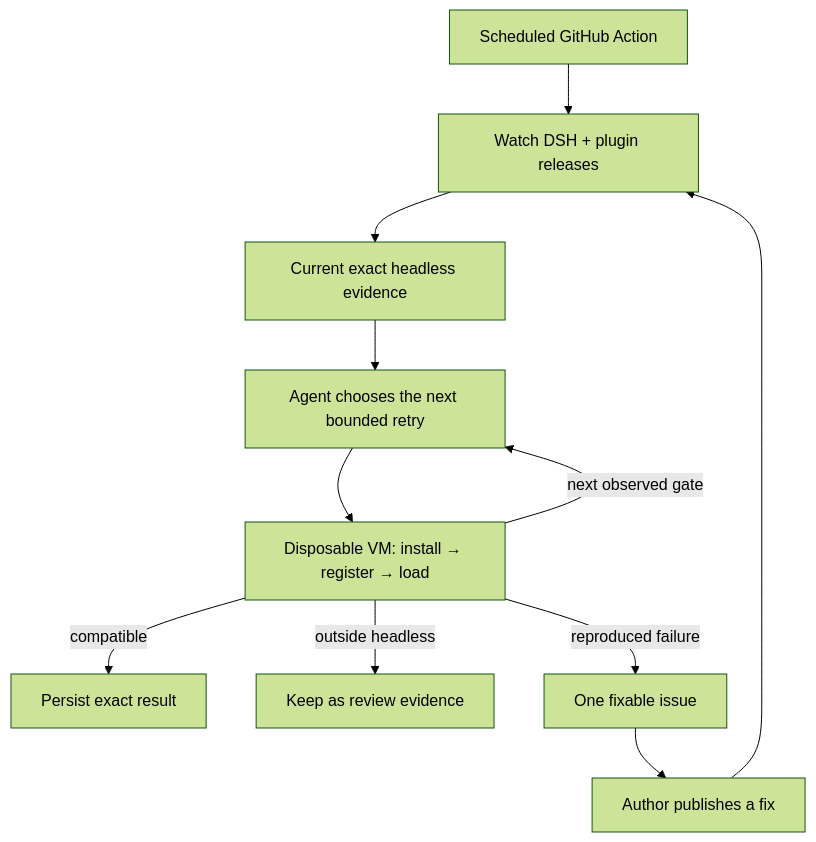
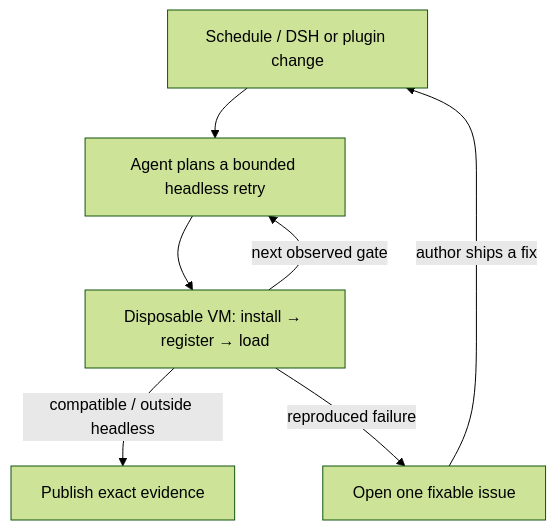
Before and after one commit to MicroMilo/upstream-radar: the diagram in README.md, drawn with Mermaid (forest theme). The commit also changed 1 other file, not shown here.

Commit message:
fix: keep the README loop inside GitHub viewport (#101)

````diff
--- a/README.md
+++ b/README.md
@@ -44,13 +44,9 @@
 ```mermaid
 flowchart TB
-  Schedule["Scheduled GitHub Action"] --> Watch["Watch DSH + plugin releases"]
-  Watch --> Evidence["Current exact headless evidence"]
-  Evidence --> Agent["Agent chooses the next bounded retry"]
+  Change["Schedule / DSH or plugin change"] --> Agent["Agent plans a bounded headless retry"]
   Agent --> Runtime["Disposable VM: install → register → load"]
   Runtime -->|"next observed gate"| Agent
-  Runtime -->|"compatible"| Ledger["Persist exact result"]
-  Runtime -->|"outside headless"| Hold["Keep as review evidence"]
-  Runtime -->|"reproduced failure"| Issue["One fixable issue"]
-  Issue --> Fix["Author publishes a fix"]
-  Fix --> Watch
+  Runtime -->|"compatible / outside headless"| Evidence["Publish exact evidence"]
+  Runtime -->|"reproduced failure"| Issue["Open one fixable issue"]
+  Issue -->|"author ships a fix"| Change
 ```
````
